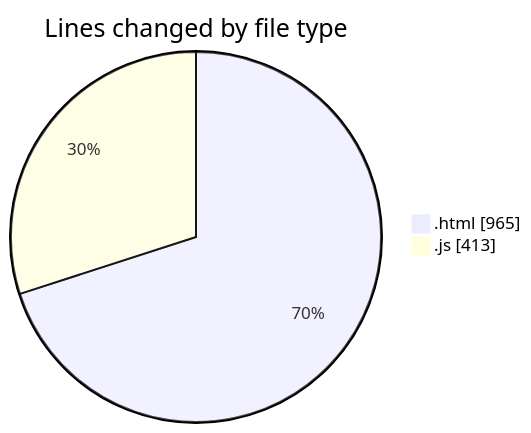
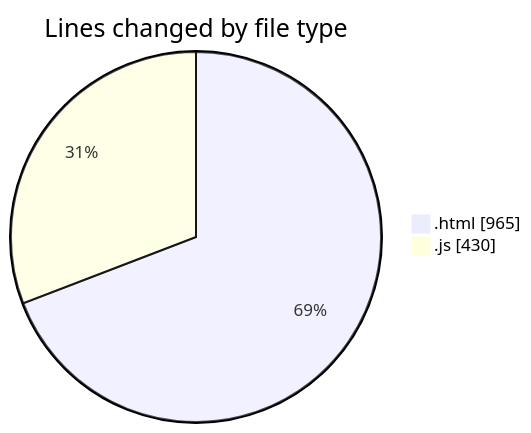
The first of 2 diagrams in 2025-09-13/new_folder/README.md (IJAZ3593/code-tracking), drawn with Mermaid before and after one commit. The commit also changed other lines of this file and 1 other file, not shown here.

````diff
--- a/2025-09-13/new_folder/README.md
+++ b/2025-09-13/new_folder/README.md
@@ -26,6 +26,6 @@
 ```mermaid
 pie showData
 title Lines changed by file type
 ".html" : 965
-".js" : 413
+".js" : 430
 ```
````
